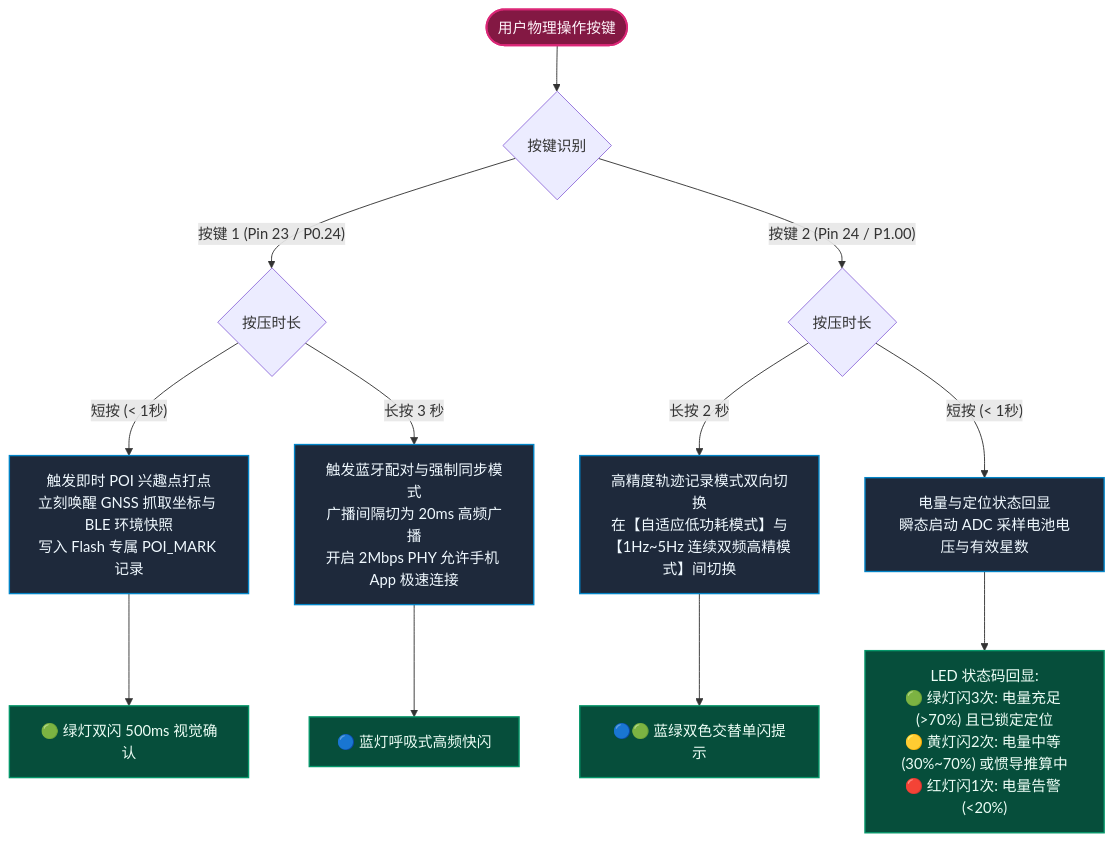
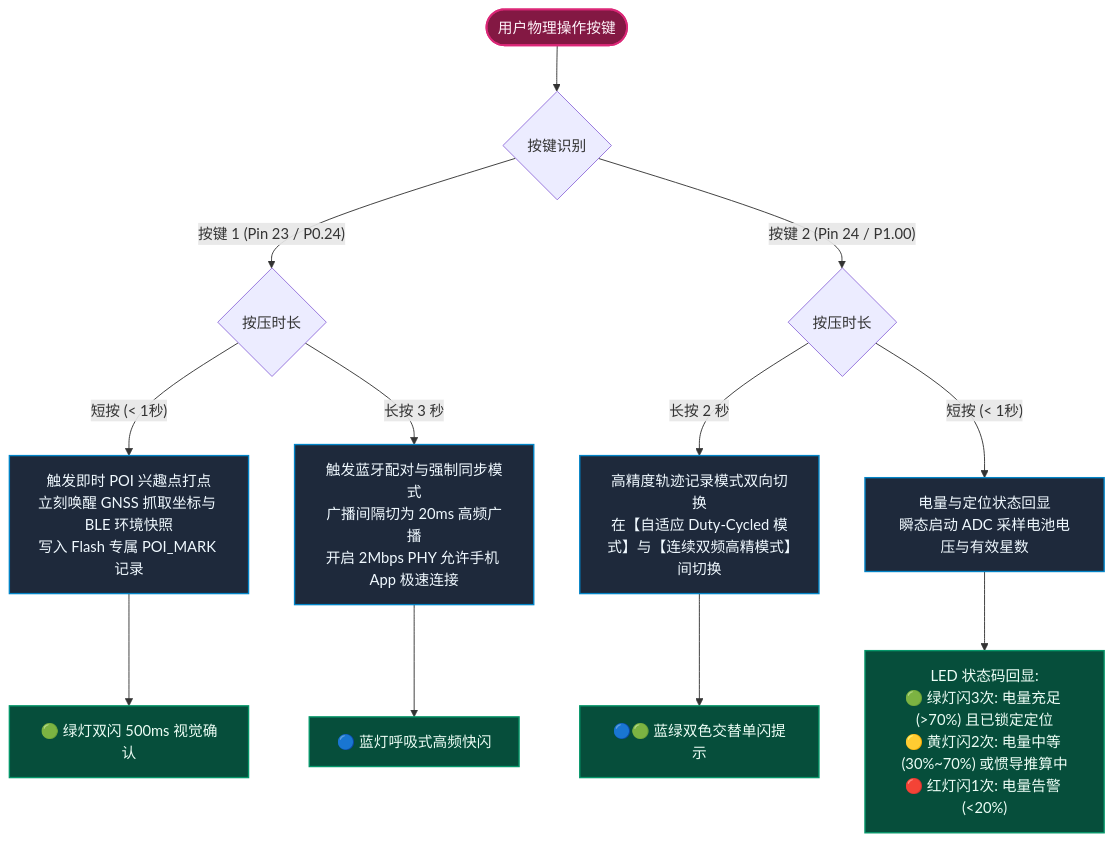
Before and after one commit to suntyrael/Life_GPS: the second of 4 diagrams in README.md, drawn with Mermaid. The commit also changed other lines of this file and 2 other files, not shown here.

First line of the commit message:
fix: comprehensive review fixes and daily chunking architecture

````diff
--- a/README.md
+++ b/README.md
@@ -226,22 +240,22 @@
 ```mermaid
 flowchart TD
     classDef key fill:#831843,stroke:#db2777,stroke-width:2px,color:#fdf2f8;
     classDef act fill:#1e293b,stroke:#0284c7,stroke-width:1.5px,color:#f0f9ff;
     classDef led fill:#064e3b,stroke:#059669,stroke-width:1.5px,color:#ecfdf5;
 
     START(["用户物理操作按键"]):::key --> BRANCH{"按键识别"}
 
     BRANCH -->|"按键 1 (Pin 23 / P0.24)"| K1{"按压时长"}
     K1 -->|"短按 (< 1秒)"| POI["触发即时 POI 兴趣点打点<br/>立刻唤醒 GNSS 抓取坐标与 BLE 环境快照<br/>写入 Flash 专属 POI_MARK 记录"]:::act
     POI --> POI_LED["🟢 绿灯双闪 500ms 视觉确认"]:::led
 
     K1 -->|"长按 3 秒"| PAIR["触发蓝牙配对与强制同步模式<br/>广播间隔切为 20ms 高频广播<br/>开启 2Mbps PHY 允许手机 App 极速连接"]:::act
     PAIR --> PAIR_LED["🔵 蓝灯呼吸式高频快闪"]:::led
 
     BRANCH -->|"按键 2 (Pin 24 / P1.00)"| K2{"按压时长"}
-    K2 -->|"长按 2 秒"| TOGGLE["高精度轨迹记录模式双向切换<br/>在【自适应低功耗模式】与【1Hz~5Hz 连续双频高精模式】间切换"]:::act
+    K2 -->|"长按 2 秒"| TOGGLE["高精度轨迹记录模式双向切换<br/>在【自适应 Duty-Cycled 模式】与【连续双频高精模式】间切换"]:::act
     TOGGLE --> TOG_LED["🔵🟢 蓝绿双色交替单闪提示"]:::led
 
     K2 -->|"短按 (< 1秒)"| QUERY["电量与定位状态回显<br/>瞬态启动 ADC 采样电池电压与有效星数"]:::act
     QUERY --> Q_LED["LED 状态码回显:<br/>🟢 绿灯闪3次: 电量充足 (>70%) 且已锁定定位<br/>🟡 黄灯闪2次: 电量中等 (30%~70%) 或惯导推算中<br/>🔴 红灯闪1次: 电量告警 (<20%)"]:::led
 ```
````
